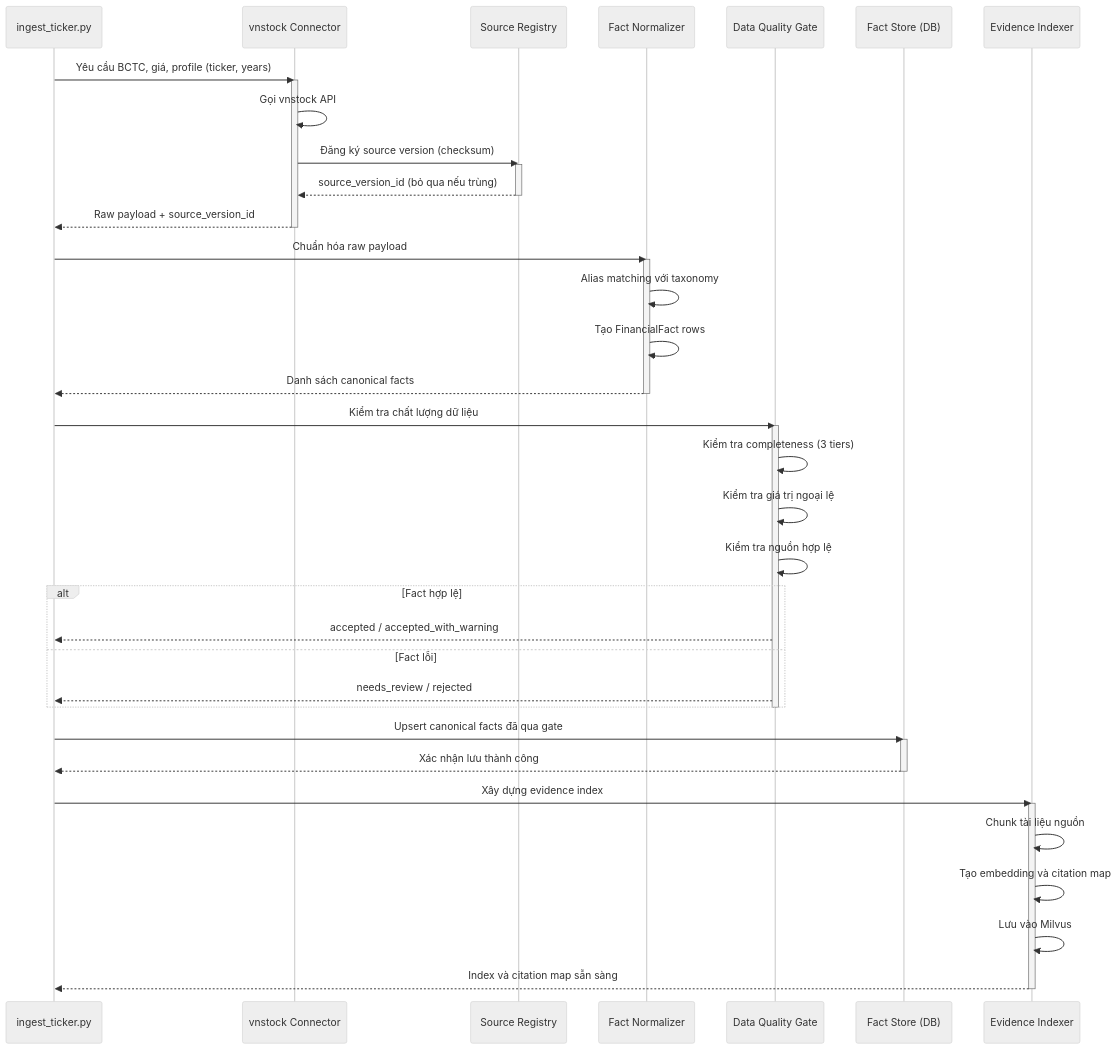
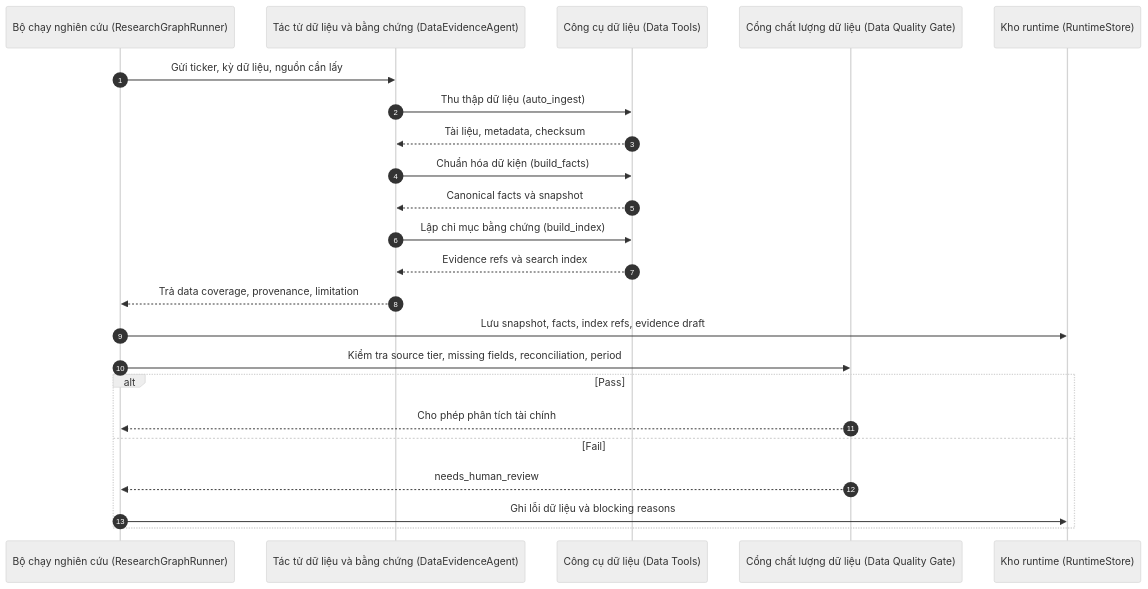
Before and after one commit to haubelerche/equity-research-system: the third of 15 diagrams in docs/SEQUENCE.md, drawn with Mermaid (neutral theme). The commit also changed other lines of this file and 290 other files, not shown here.

````diff
--- a/docs/SEQUENCE.md
+++ b/docs/SEQUENCE.md
@@ -101,53 +130,26 @@
 ```mermaid
 sequenceDiagram
-    participant Script as ingest_ticker.py
-    participant Connector as vnstock Connector
-    participant Registry as Source Registry
-    participant Normalizer as Fact Normalizer
-    participant DQGate as Data Quality Gate
-    participant FactStore as Fact Store (DB)
-    participant Indexer as Evidence Indexer
+    autonumber
+    participant R as Bộ chạy nghiên cứu (ResearchGraphRunner)
+    participant D as Tác tử dữ liệu và bằng chứng (DataEvidenceAgent)
+    participant T as Công cụ dữ liệu (Data Tools)
+    participant G as Cổng chất lượng dữ liệu (Data Quality Gate)
+    participant S as Kho runtime (RuntimeStore)
 
-    Script->>Connector: Yêu cầu BCTC, giá, profile (ticker, years)
-    activate Connector
-    Connector->>Connector: Gọi vnstock API
-    Connector->>Registry: Đăng ký source version (checksum)
-    activate Registry
-    Registry-->>Connector: source_version_id (bỏ qua nếu trùng)
-    deactivate Registry
-    Connector-->>Script: Raw payload + source_version_id
-    deactivate Connector
-
-    Script->>Normalizer: Chuẩn hóa raw payload
-    activate Normalizer
-    Normalizer->>Normalizer: Alias matching với taxonomy
-    Normalizer->>Normalizer: Tạo FinancialFact rows
-    Normalizer-->>Script: Danh sách canonical facts
-    deactivate Normalizer
-
-    Script->>DQGate: Kiểm tra chất lượng dữ liệu
-    activate DQGate
-    DQGate->>DQGate: Kiểm tra completeness (3 tiers)
-    DQGate->>DQGate: Kiểm tra giá trị ngoại lệ
-    DQGate->>DQGate: Kiểm tra nguồn hợp lệ
-
-    alt Fact hợp lệ
-        DQGate-->>Script: accepted / accepted_with_warning
-    else Fact lỗi
-        DQGate-->>Script: needs_review / rejected
+    R->>D: Gửi ticker, kỳ dữ liệu, nguồn cần lấy
+    D->>T: Thu thập dữ liệu (auto_ingest)
+    T-->>D: Tài liệu, metadata, checksum
+    D->>T: Chuẩn hóa dữ kiện (build_facts)
+    T-->>D: Canonical facts và snapshot
+    D->>T: Lập chỉ mục bằng chứng (build_index)
+    T-->>D: Evidence refs và search index
+    D-->>R: Trả data coverage, provenance, limitation
+    R->>S: Lưu snapshot, facts, index refs, evidence draft
+    R->>G: Kiểm tra source tier, missing fields, reconciliation, period
+    alt Pass
+        G-->>R: Cho phép phân tích tài chính
+    else Fail
+        G-->>R: needs_human_review
+        R->>S: Ghi lỗi dữ liệu và blocking reasons
     end
-    deactivate DQGate
-
-    Script->>FactStore: Upsert canonical facts đã qua gate
-    activate FactStore
-    FactStore-->>Script: Xác nhận lưu thành công
-    deactivate FactStore
-
-    Script->>Indexer: Xây dựng evidence index
-    activate Indexer
-    Indexer->>Indexer: Chunk tài liệu nguồn
-    Indexer->>Indexer: Tạo embedding và citation map
-    Indexer->>Indexer: Lưu vào Milvus
-    Indexer-->>Script: Index và citation map sẵn sàng
-    deactivate Indexer
 ```
````
